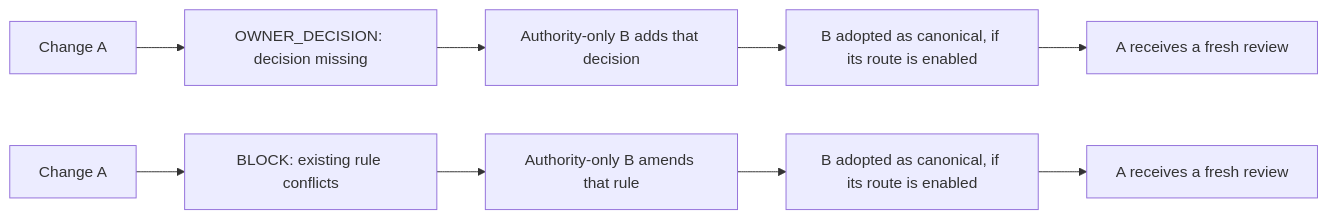
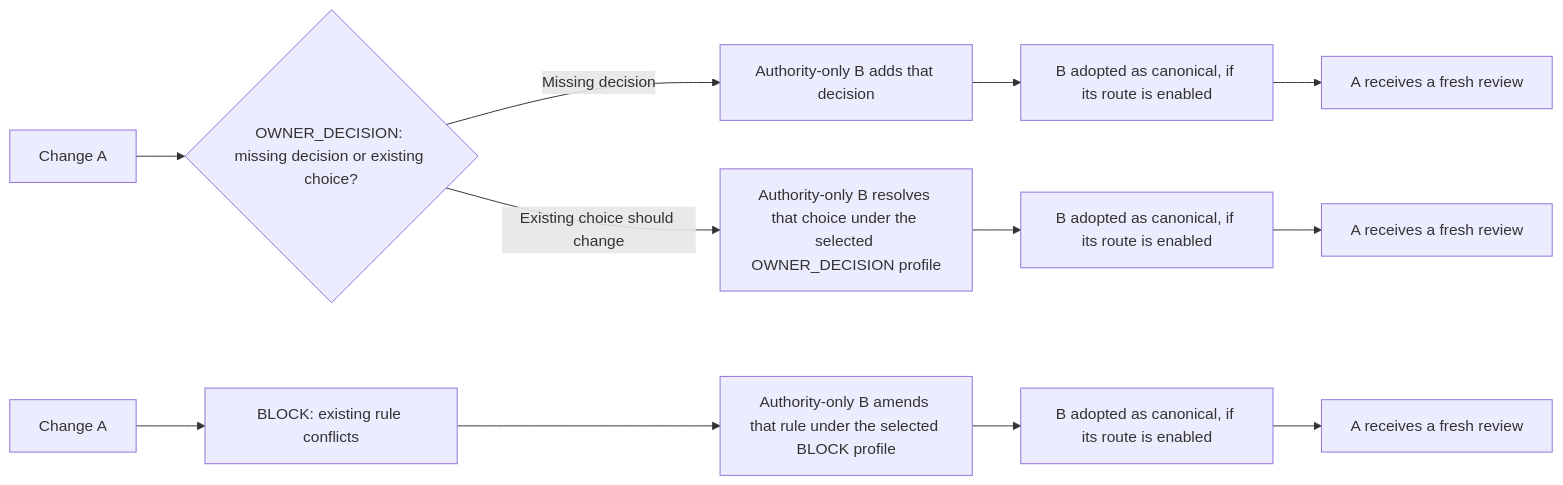
The diagram in docs/README.md (flair-agency/architecture-gatekeeper), drawn with Mermaid before and after one commit. The commit also changed other lines of this file and 5 other files, not shown here.

````diff
--- a/docs/README.md
+++ b/docs/README.md
@@ -67,12 +69,15 @@
 ```mermaid
 flowchart LR
-    A1[Change A] --> OD[OWNER_DECISION: decision missing]
-    OD --> B1[Authority-only B adds that decision]
+    A1[Change A] --> OD{OWNER_DECISION: missing decision or existing choice?}
+    OD -->|Missing decision| B1[Authority-only B adds that decision]
     B1 --> C1[B adopted as canonical, if its route is enabled]
     C1 --> R1[A receives a fresh review]
-
-    A2[Change A] --> BL[BLOCK: existing rule conflicts]
-    BL --> B2[Authority-only B amends that rule]
+    OD -->|Existing choice should change| B2[Authority-only B resolves that choice under the selected OWNER_DECISION profile]
     B2 --> C2[B adopted as canonical, if its route is enabled]
     C2 --> R2[A receives a fresh review]
+
+    A3[Change A] --> BL[BLOCK: existing rule conflicts]
+    BL --> B3[Authority-only B amends that rule under the selected BLOCK profile]
+    B3 --> C3[B adopted as canonical, if its route is enabled]
+    C3 --> R3[A receives a fresh review]
 ```
````
